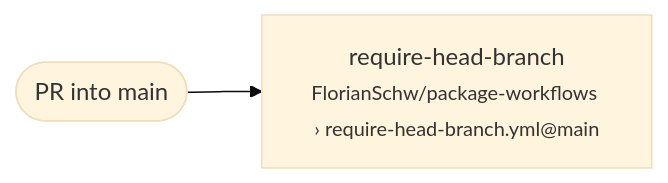
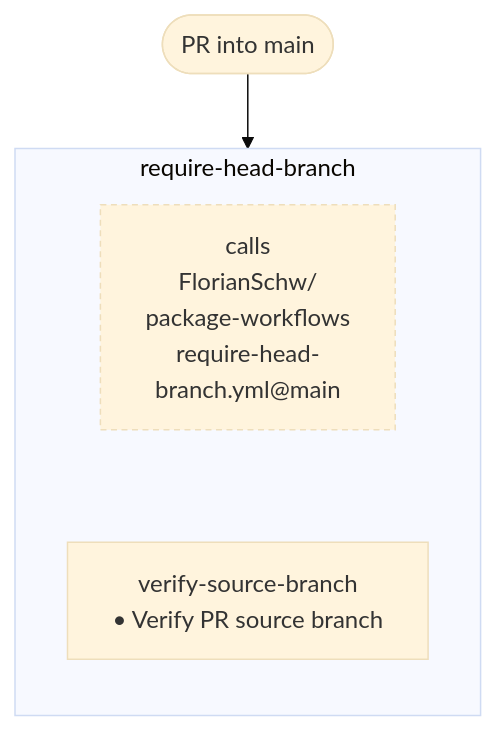
One commit to nfdi4health/dsSupportClient changed diagram 13 of 15 in .github/workflow-graphs/README.md. Above: the diagram before and after it, drawn with Mermaid (base theme). The commit also changed other lines of this file, not shown here.

Commit message:
docs: update workflow diagrams

````diff
--- a/.github/workflow-graphs/README.md
+++ b/.github/workflow-graphs/README.md
@@ -154,6 +320,12 @@
 ```mermaid
-flowchart LR
+flowchart TD
   start(["PR into main"])
-  job_require_head_branch["require-head-branch<br/><small>FlorianSchw/package-workflows › require-head-branch.yml@main</small>"]
+  subgraph job_require_head_branch ["require-head-branch"]
+    direction TB
+    job_require_head_branch__ref["calls<br/>FlorianSchw/<br/>package-workflows<br/>require-head-<br/>branch.yml@main"]:::refnote
+    job_require_head_branch__verify_source_branch["verify-source-branch<br/>• Verify PR source branch"]
+    job_require_head_branch__ref ~~~ job_require_head_branch__verify_source_branch
+  end
   start --> job_require_head_branch
+  classDef refnote stroke-dasharray: 4 3
 ```
````
